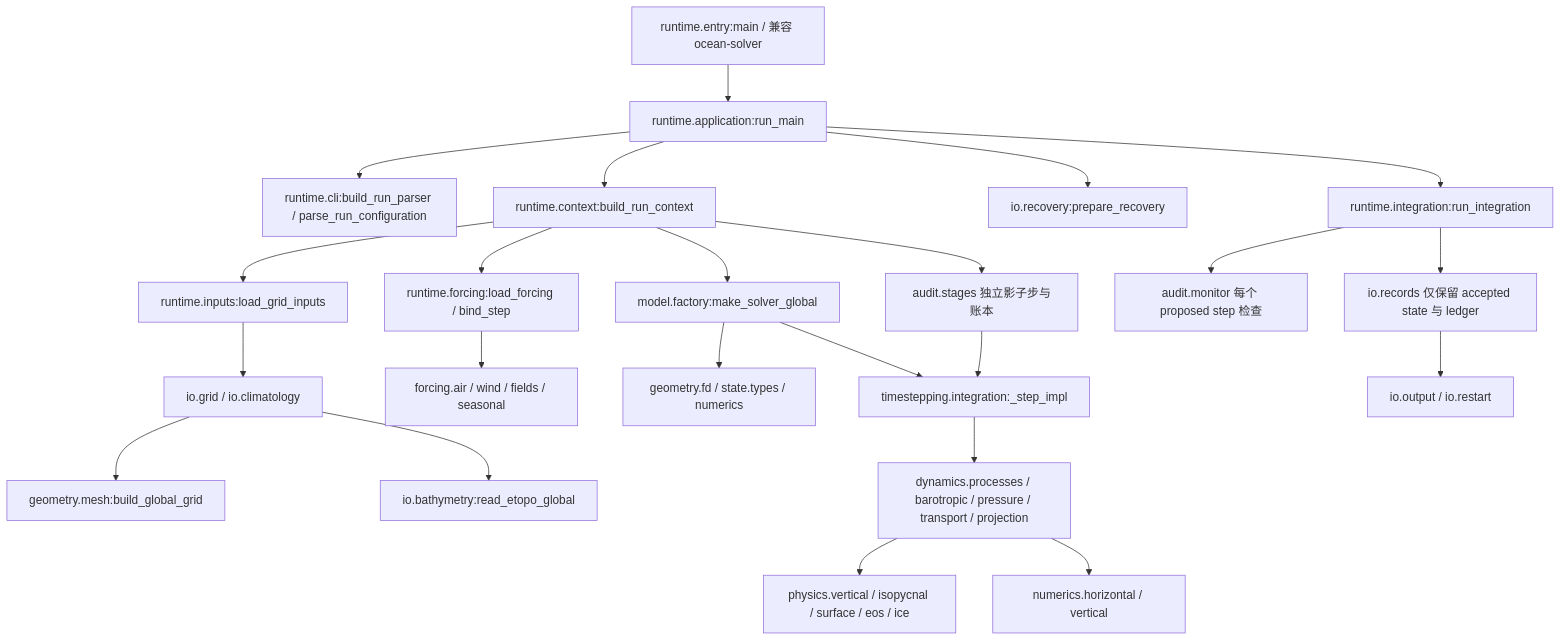
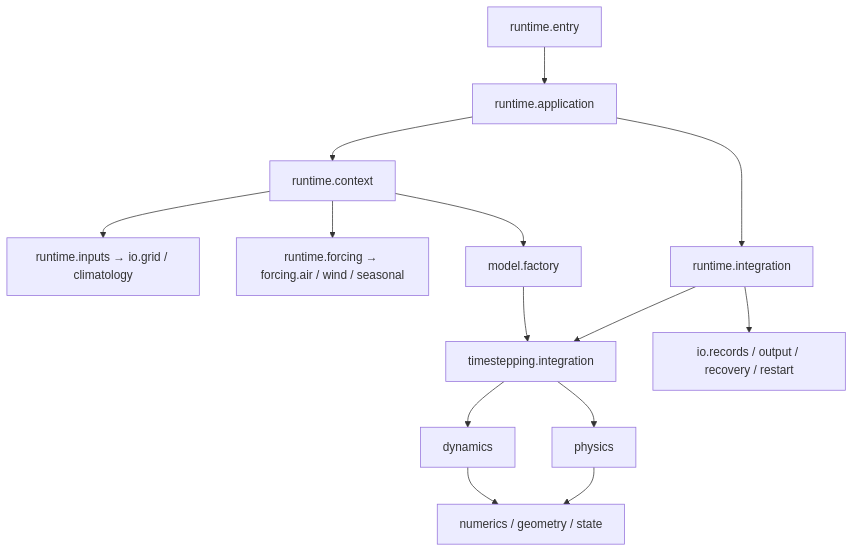
One commit to TTAWDTT/ZhenMode changed the diagram in docs/production_architecture_zh.md. Above: the diagram before and after it, drawn with Mermaid. The commit also changed other lines of this file and 734 other files, not shown here.

````diff
--- a/docs/production_architecture_zh.md
+++ b/docs/production_architecture_zh.md
@@ -41,25 +7,16 @@
 ```mermaid
 flowchart TD
-  entry[runtime.entry:main / 兼容 ocean-solver] --> app[runtime.application:run_main]
-  app --> cli[runtime.cli:build_run_parser / parse_run_configuration]
-  app --> context[runtime.context:build_run_context]
-  context --> inputs[runtime.inputs:load_grid_inputs]
-  inputs --> loader[io.grid / io.climatology]
-  loader --> mesh[geometry.mesh:build_global_grid]
-  loader --> bathy[io.bathymetry:read_etopo_global]
-  context --> forcing[runtime.forcing:load_forcing / bind_step]
-  forcing --> fields[forcing.air / wind / fields / seasonal]
-  context --> factory[model.factory:make_solver_global]
-  factory --> metrics[geometry.fd / state.types / numerics]
-  factory --> step[timestepping.integration:_step_impl]
-  step --> processes[dynamics.processes / barotropic / pressure / transport / projection]
-  processes --> physics[physics.vertical / isopycnal / surface / eos / ice]
-  processes --> operators[numerics.horizontal / vertical]
-  app --> recovery[io.recovery:prepare_recovery]
-  app --> loop[runtime.integration:run_integration]
-  loop --> monitor[audit.monitor 每个 proposed step 检查]
-  loop --> records[io.records 仅保留 accepted state 与 ledger]
-  records --> output[io.output / io.restart]
-  context --> shadow[audit.stages 独立影子步与账本]
-  shadow --> step
+  entry[runtime.entry] --> application[runtime.application]
+  application --> context[runtime.context]
+  context --> inputs[runtime.inputs → io.grid / climatology]
+  context --> forcing[runtime.forcing → forcing.air / wind / seasonal]
+  context --> factory[model.factory]
+  factory --> step[timestepping.integration]
+  step --> dynamics[dynamics]
+  step --> physics[physics]
+  dynamics --> numerics[numerics / geometry / state]
+  physics --> numerics
+  application --> loop[runtime.integration]
+  loop --> step
+  loop --> output[io.records / output / recovery / restart]
 ```
````
